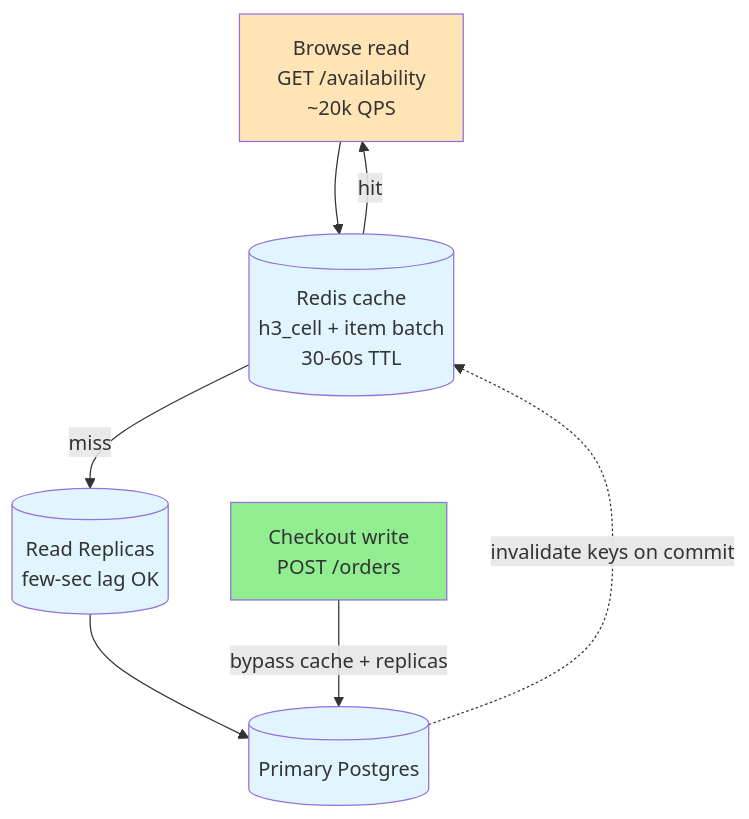
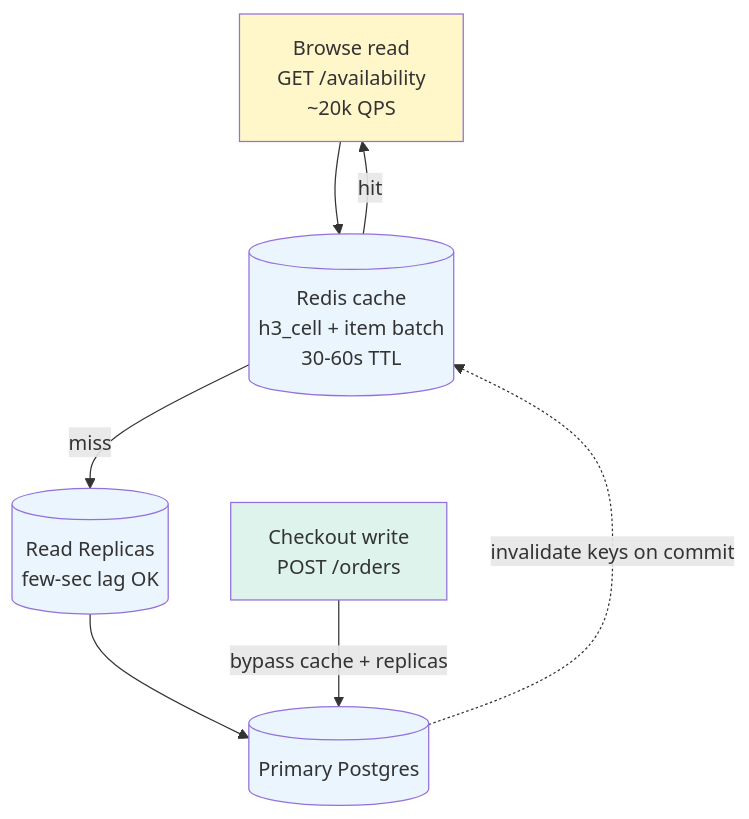
One commit to cartmancodes/InterviewVault changed the sixth of 7 diagrams in LLD/questions/Design Local Delivery Service.md. Above: the diagram before and after it, drawn with Mermaid. The commit also changed other lines of this file and 679 other files, not shown here.

Commit message:
Unify content diagrams and add accessible visual walkthroughs

````diff
--- a/LLD/questions/Design Local Delivery Service.md
+++ b/LLD/questions/Design Local Delivery Service.md
@@ -294,16 +294,16 @@
 ```mermaid
 graph TB
     BROWSE[Browse read<br/>GET /availability<br/>~20k QPS] --> CACHE[(Redis cache<br/>h3_cell + item batch<br/>30-60s TTL)]
     CACHE -->|hit| BROWSE
     CACHE -->|miss| RR[(Read Replicas<br/>few-sec lag OK)]
     RR --> PG[(Primary Postgres)]
 
     CHECKOUT[Checkout write<br/>POST /orders] -->|bypass cache + replicas| PG
     PG -.->|invalidate keys on commit| CACHE
 
-    style CACHE fill:#e1f5ff
-    style RR fill:#e1f5ff
-    style PG fill:#e1f5ff
-    style BROWSE fill:#FFE4B5
-    style CHECKOUT fill:#90EE90
+    style CACHE fill:#EAF5FD
+    style RR fill:#EAF5FD
+    style PG fill:#EAF5FD
+    style BROWSE fill:#FFF6C9
+    style CHECKOUT fill:#DDF3EC
 ```
````
